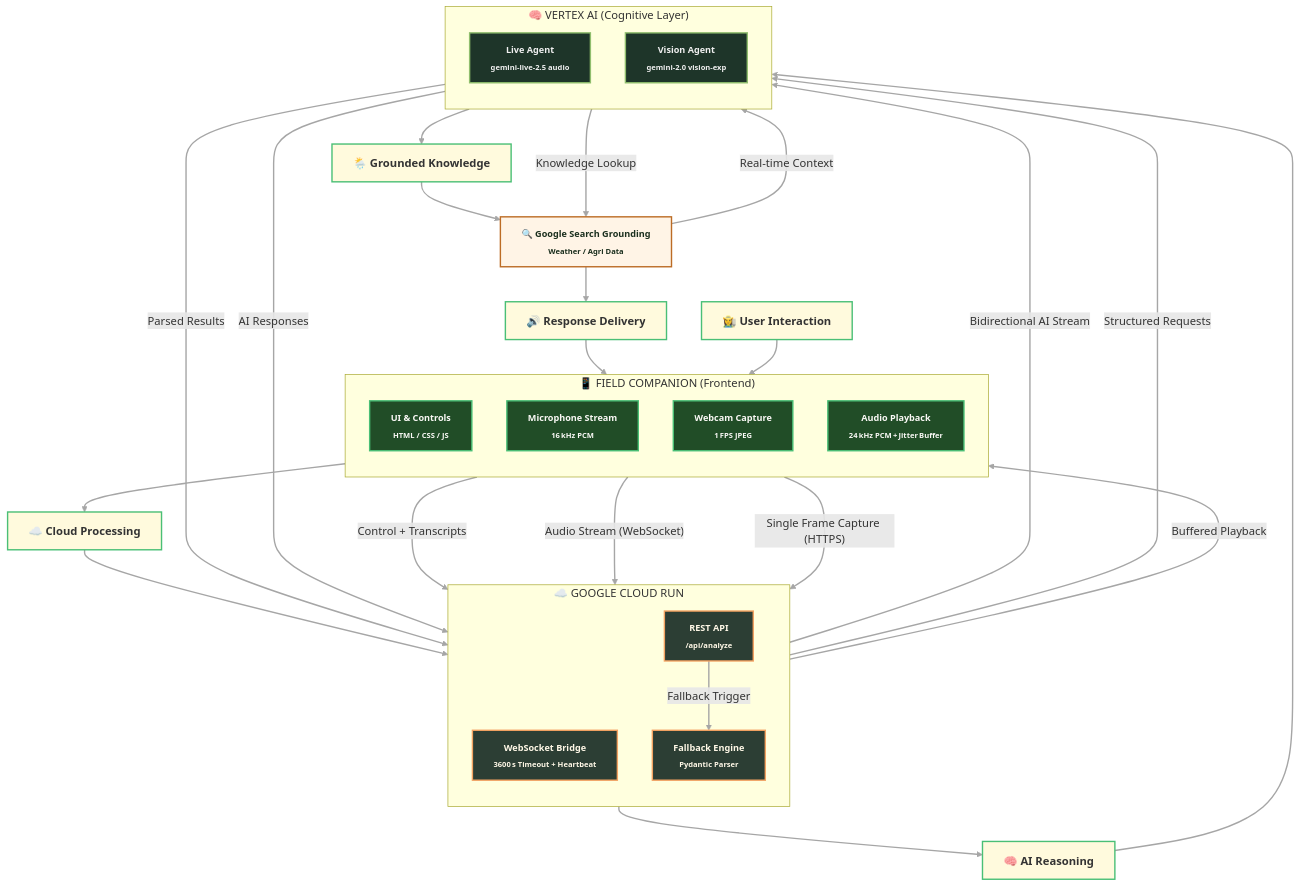
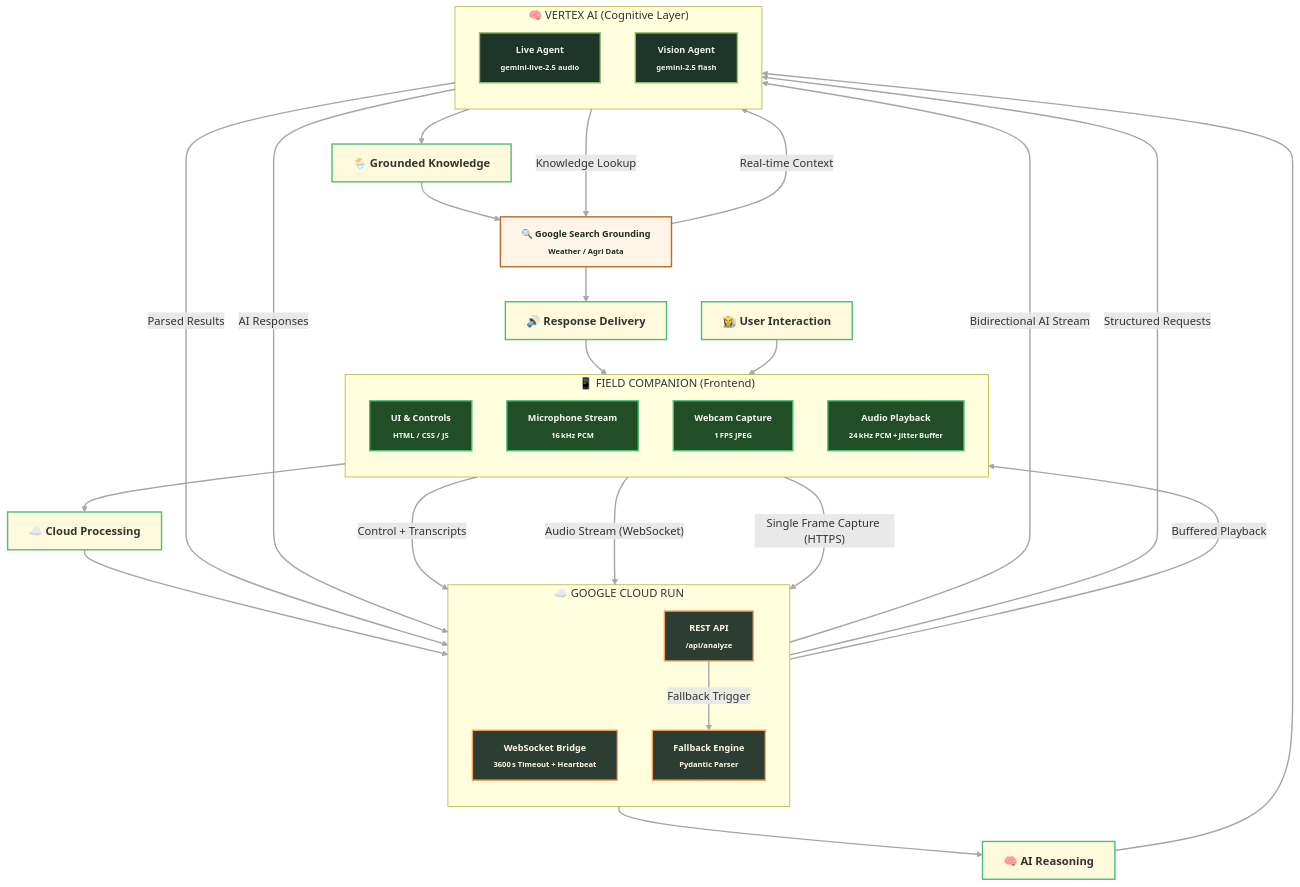
Before and after one commit to nishal21/AgriLive: the diagram in README.md, drawn with Mermaid. The commit also changed other lines of this file and 1 other file, not shown here.

Commit message:
Fix: Prioritize allowlisted Gemini 2.5 Flash for vision analysis and sync docs

````diff
--- a/README.md
+++ b/README.md
@@ -47,70 +47,70 @@
 ```mermaid
 %%{init: {"flowchart": {"curve": "basis"}} }%%
 flowchart TD
     %% ----------------------------------
     %% High-contrast earthy theme
     classDef frontend fill:#214D27,stroke:#4ABF76,stroke-width:2px,color:#FAF9F6,font-weight:bold,font-size:13px;
     classDef cloud fill:#2C3E34,stroke:#F4A261,stroke-width:2px,color:#FFF8E7,font-weight:bold,font-size:13px;
     classDef vertex fill:#1E3529,stroke:#90BE6D,stroke-width:2px,color:#F0F0F0,font-weight:bold,font-size:13px;
     classDef external fill:#FFF4E6,stroke:#BC6C25,stroke-width:2px,color:#1B2F1E,font-weight:bold,font-size:13px;
     classDef process fill:#FFFADD,stroke:#4ABF76,stroke-width:2px,font-weight:bold;
     linkStyle default stroke-width:2px,stroke:#A6A6A6
 
     %% ----------------------------------
     %% 1️⃣ Frontend Layer
     subgraph Client["📱 FIELD COMPANION (Frontend)"]
         direction TB
         UI["UI & Controls<br/><sub>HTML / CSS / JS</sub>"]:::frontend
         Mic["Microphone Stream<br/><sub>16 kHz PCM</sub>"]:::frontend
         Cam["Webcam Capture<br/><sub>1 FPS JPEG</sub>"]:::frontend
         Spk["Audio Playback<br/><sub>24 kHz PCM + Jitter Buffer</sub>"]:::frontend
     end
 
     %% ----------------------------------
     %% 2️⃣ Cloud Run Backend
     subgraph CloudRun["☁️ GOOGLE CLOUD RUN"]
         direction TB
         WS["WebSocket Bridge<br/><sub>3600 s Timeout + Heartbeat</sub>"]:::cloud
         API["REST API<br/><sub>/api/analyze</sub>"]:::cloud
         Fallback["Fallback Engine<br/><sub>Pydantic Parser</sub>"]:::cloud
     end
 
     %% ----------------------------------
     %% 3️⃣ Vertex AI
     subgraph VertexAI["🧠 VERTEX AI (Cognitive Layer)"]
         direction TB
         LiveModel["Live Agent<br/><sub>gemini-live-2.5 audio</sub>"]:::vertex
-        VisionModel["Vision Agent<br/><sub>gemini-2.0 vision-exp</sub>"]:::vertex
+        VisionModel["Vision Agent<br/><sub>gemini-2.5 flash</sub>"]:::vertex
     end
 
     %% ----------------------------------
     %% 4️⃣ External Context Layer
     Search["🔍 Google Search Grounding<br/><sub>Weather / Agri Data</sub>"]:::external
 
     %% ----------------------------------
     %% Flow Connections
     UI -->|"Control + Transcripts"| WS
     Mic -->|"Audio Stream (WebSocket)"| WS
     Cam -->|"Single Frame Capture (HTTPS)"| API
     WS -->|"Buffered Playback"| Spk
 
     WS -->|"Bidirectional AI Stream"| LiveModel
     API -->|"Fallback Trigger"| Fallback
     Fallback -->|"Structured Requests"| VisionModel
     VisionModel -->|"Parsed Results"| Fallback
     LiveModel -->|"Knowledge Lookup"| Search
     Search -->|"Real-time Context"| LiveModel
     LiveModel -->|"AI Responses"| WS
 
     %% ----------------------------------
     %% Narrative Summary (Readable captions)
     step1["👩‍🌾 User Interaction"]:::process
     step2["☁️ Cloud Processing"]:::process
     step3["🧠 AI Reasoning"]:::process
     step4["🌦️ Grounded Knowledge"]:::process
     step5["🔊 Response Delivery"]:::process
 
     %% Connect summary steps vertically
     step1 --> Client
     Client --> step2 --> CloudRun --> step3 --> VertexAI --> step4 --> Search --> step5 --> Spk
 ```
````
